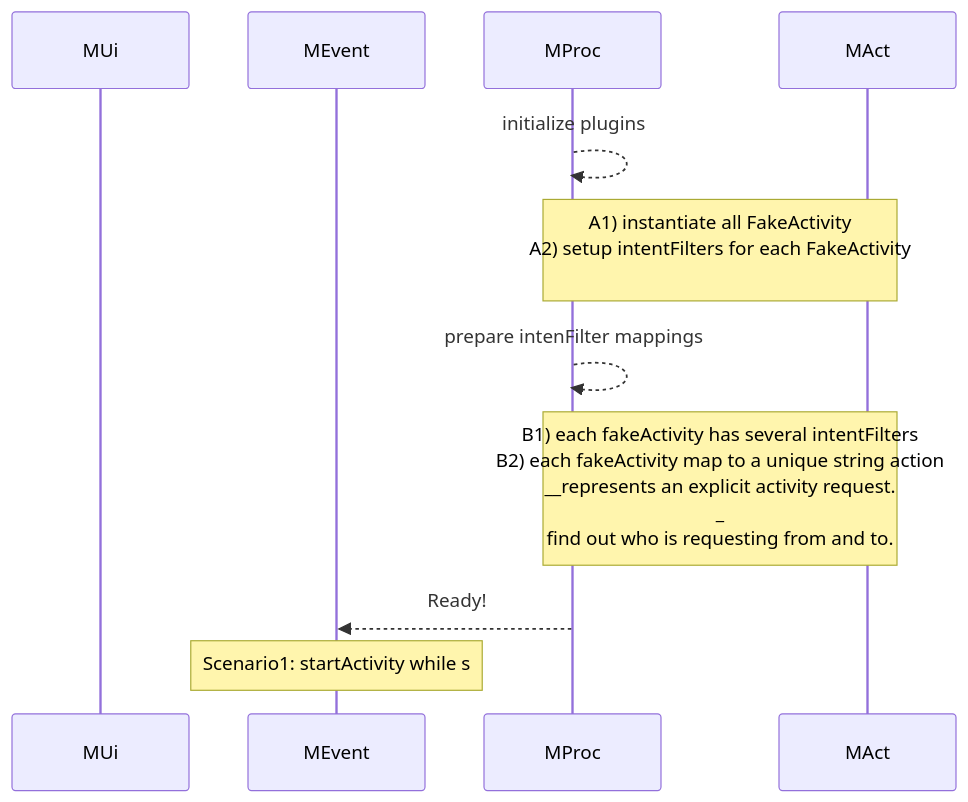
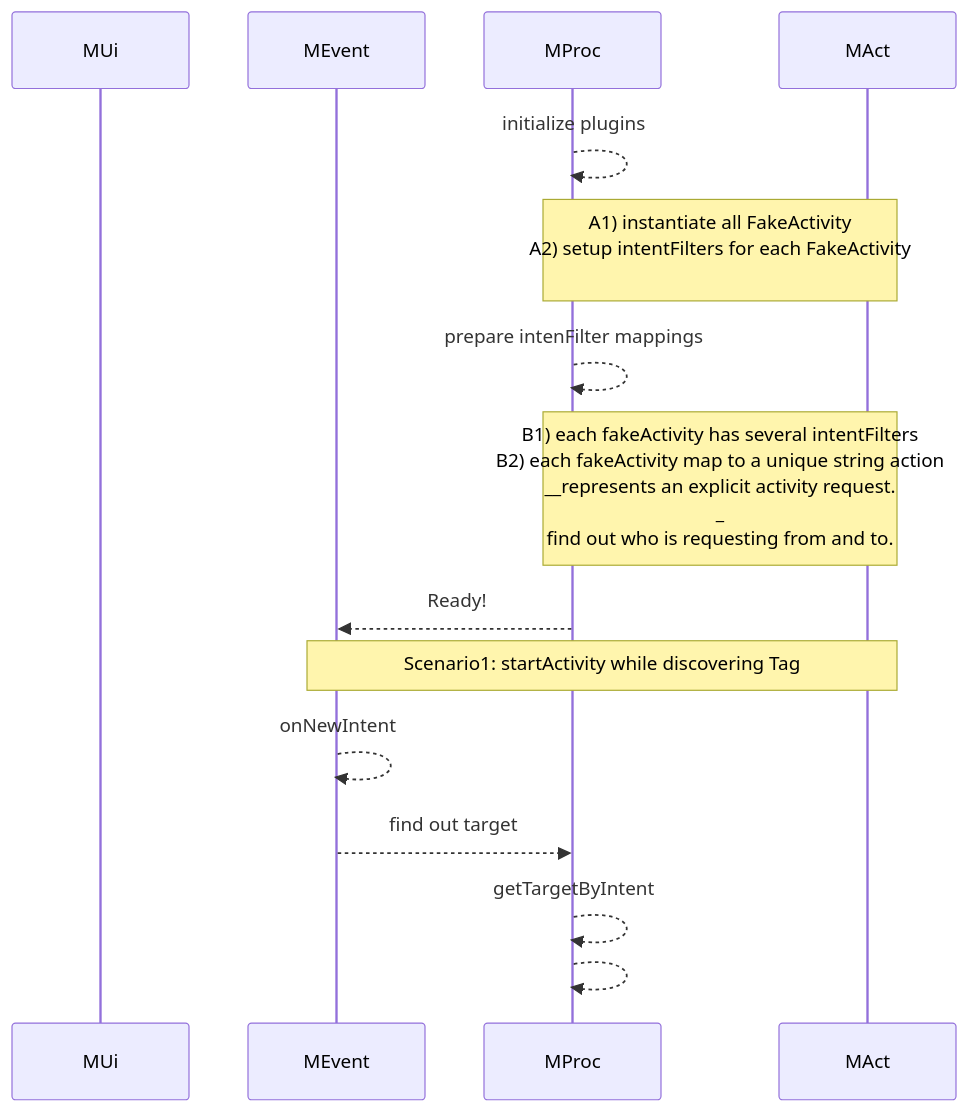
The third of 6 diagrams in flutter/android_to_flutter.md (gordianknotC/nxp_note), drawn with Mermaid before and after one commit. The commit also changed other lines of this file, not shown here.

Commit message:
flutter/android_to_flutter.md updated from https://stackedit.io/

````diff
--- a/flutter/android_to_flutter.md
+++ b/flutter/android_to_flutter.md
@@ -50,17 +50,21 @@
 ```mermaid
 sequenceDiagram
 participant MUi
 participant MEvent
 participant MProc
 participant MAct
 
 MProc-->>MProc: initialize plugins
 Note over MProc,MAct: A1) instantiate all FakeActivity<br>A2) setup intentFilters for each FakeActivity<br>
 
 MProc-->>MProc: prepare intenFilter mappings
 Note over MProc, MAct: B1) each fakeActivity has several intentFilters<br>B2) each fakeActivity map to a unique string action<br>__represents an explicit activity request.<br>_<br> find out who is requesting from and to.
 
 MProc-->>MEvent: Ready!
 
-Note over MEvent: Scenario1: startActivity while s
+Note over MEvent, MAct: Scenario1: startActivity while discovering Tag
+MEvent-->>MEvent: onNewIntent
+MEvent-->>MProc: find out target
+MProc-->>MProc: getTargetByIntent
+MProc-->>MProc: 
 ```
````
